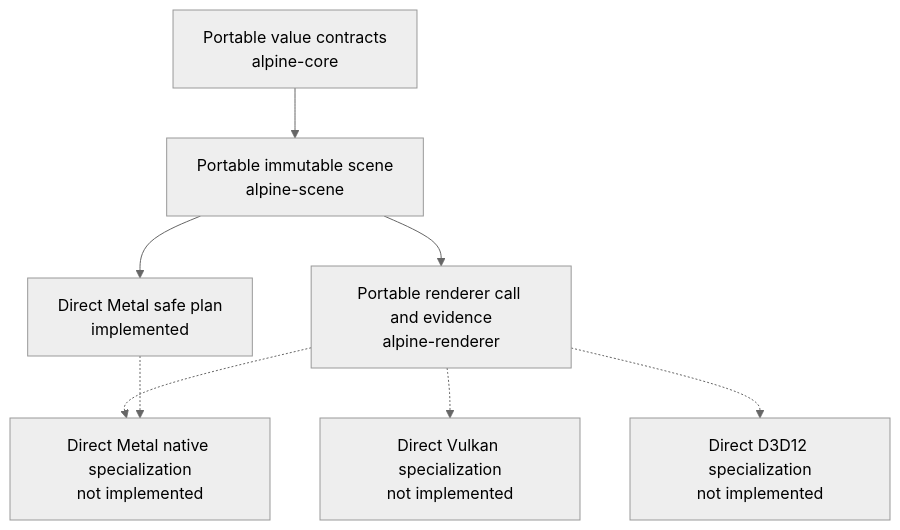
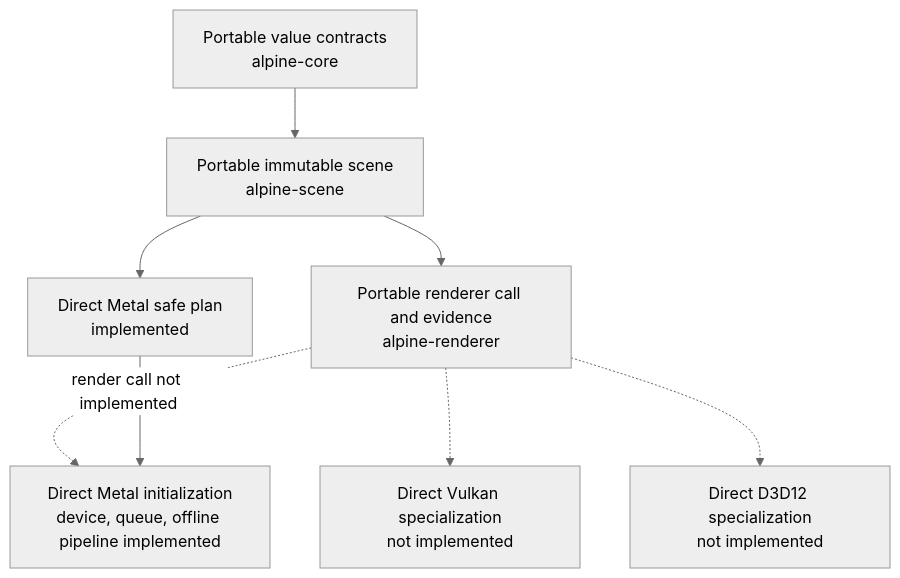
Before and after one commit to dbuddha/alpine-gpui: the fifth of 7 diagrams in ARCHITECTURE.md, drawn with Mermaid (neutral theme). The commit also changed other lines of this file and 25 other files, not shown here.

First line of the commit message:
feat(metal): initialize direct pipeline (#55)

````diff
--- a/ARCHITECTURE.md
+++ b/ARCHITECTURE.md
@@ -169,17 +188,17 @@
 ```mermaid
 flowchart TB
     core["Portable value contracts<br/>alpine-core"]
     scene["Portable immutable scene<br/>alpine-scene"]
     contract["Portable renderer call and evidence<br/>alpine-renderer"]
     metal_plan["Direct Metal safe plan<br/>implemented"]
-    metal_native["Direct Metal native specialization<br/>not implemented"]
+    metal_native["Direct Metal initialization<br/>device, queue, offline pipeline implemented"]
     vulkan["Direct Vulkan specialization<br/>not implemented"]
     d3d12["Direct D3D12 specialization<br/>not implemented"]
 
     core --> scene --> contract
     scene --> metal_plan
-    contract -.-> metal_native
-    metal_plan -.-> metal_native
+    contract -. "render call not implemented" .-> metal_native
+    metal_plan --> metal_native
     contract -.-> vulkan
     contract -.-> d3d12
 ```
````
